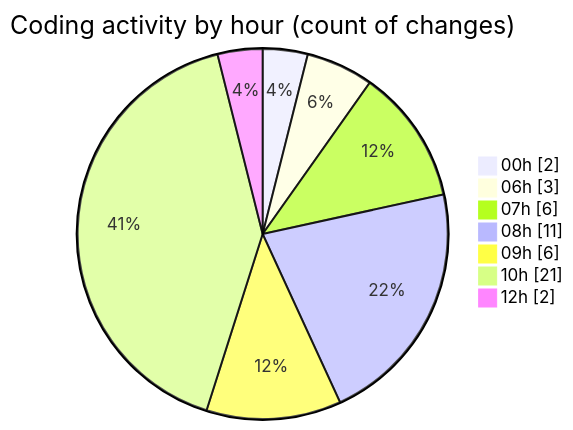
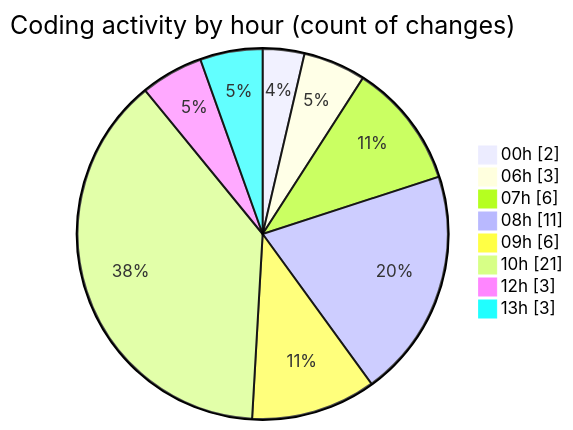
One commit to Elitesun/code-tracking changed the second of 2 diagrams in 2025-05-15/niten/README.md. Above: the diagram before and after it, drawn with Mermaid. The commit also changed other lines of this file and 1 other file, not shown here.

````diff
--- a/2025-05-15/niten/README.md
+++ b/2025-05-15/niten/README.md
@@ -48,11 +48,12 @@
 ```mermaid
 pie showData
 title Coding activity by hour (count of changes)
 "00h" : 2
 "06h" : 3
 "07h" : 6
 "08h" : 11
 "09h" : 6
 "10h" : 21
-"12h" : 2
+"12h" : 3
+"13h" : 3
 ```
````
